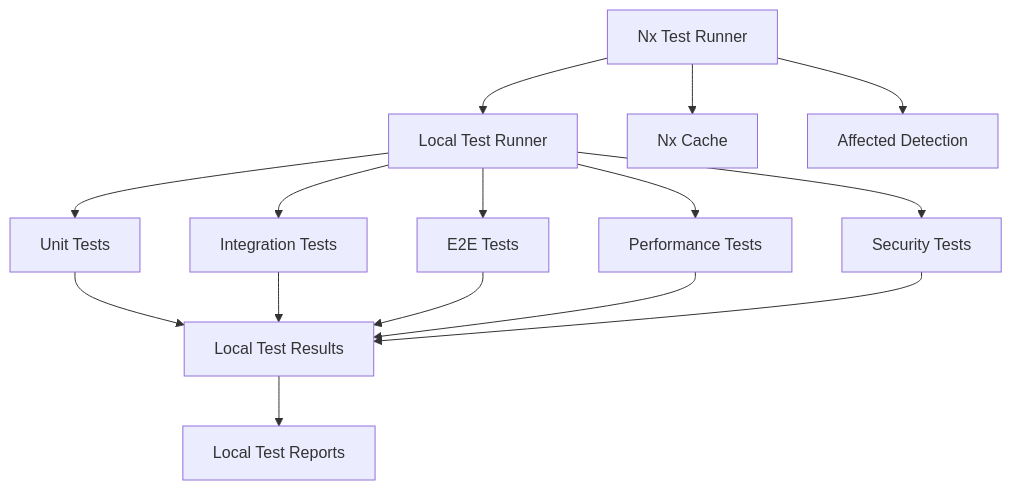
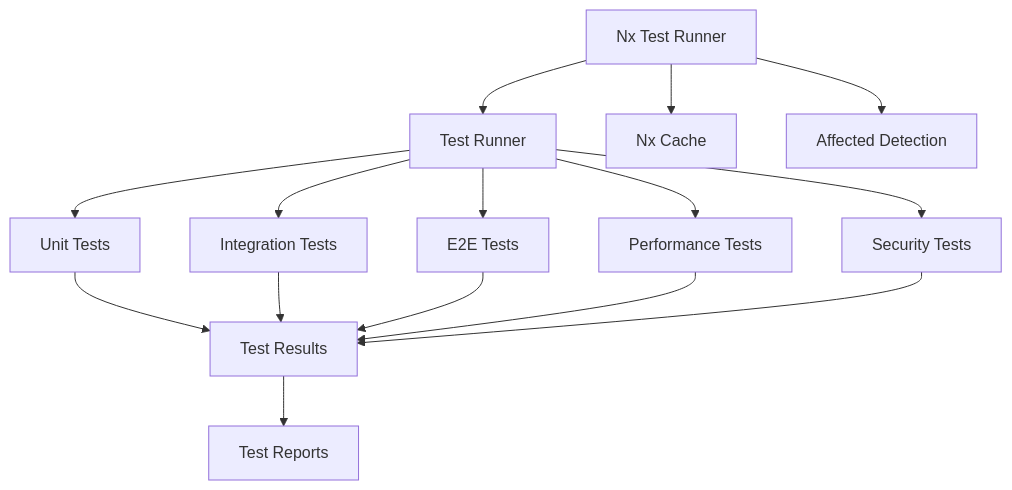
One commit to IAmJonoBo/nootropic changed the diagram in docs/development/TESTING.md. Above: the diagram before and after it, drawn with Mermaid. The commit also changed other lines of this file and 802 other files, not shown here.

````diff
--- a/docs/development/TESTING.md
+++ b/docs/development/TESTING.md
@@ -46,17 +24,17 @@
 ```mermaid
 graph TD
-    A[Local Test Runner] --> B[Unit Tests]
+    A[Test Runner] --> B[Unit Tests]
     A --> C[Integration Tests]
     A --> D[E2E Tests]
     A --> E[Performance Tests]
     A --> F[Security Tests]
-    B --> G[Local Test Results]
+    B --> G[Test Results]
     C --> G
     D --> G
     E --> G
     F --> G
-    G --> H[Local Test Reports]
+    G --> H[Test Reports]
     I[Nx Test Runner] --> A
     I --> J[Nx Cache]
     I --> K[Affected Detection]
 ```
````
